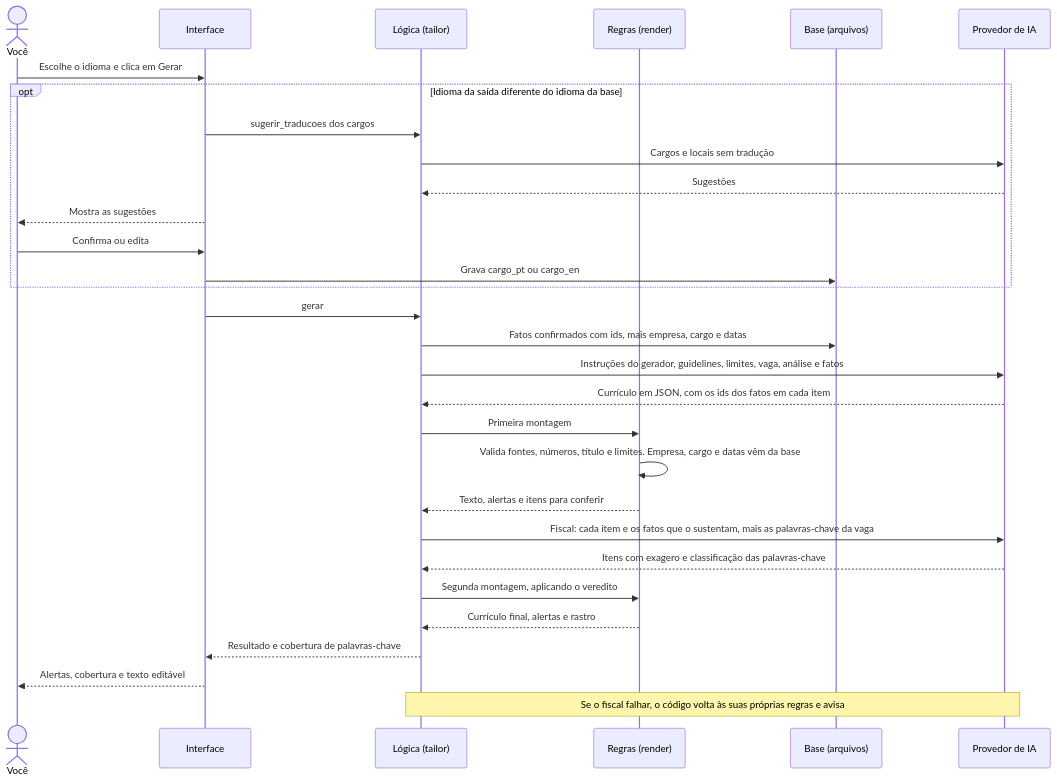
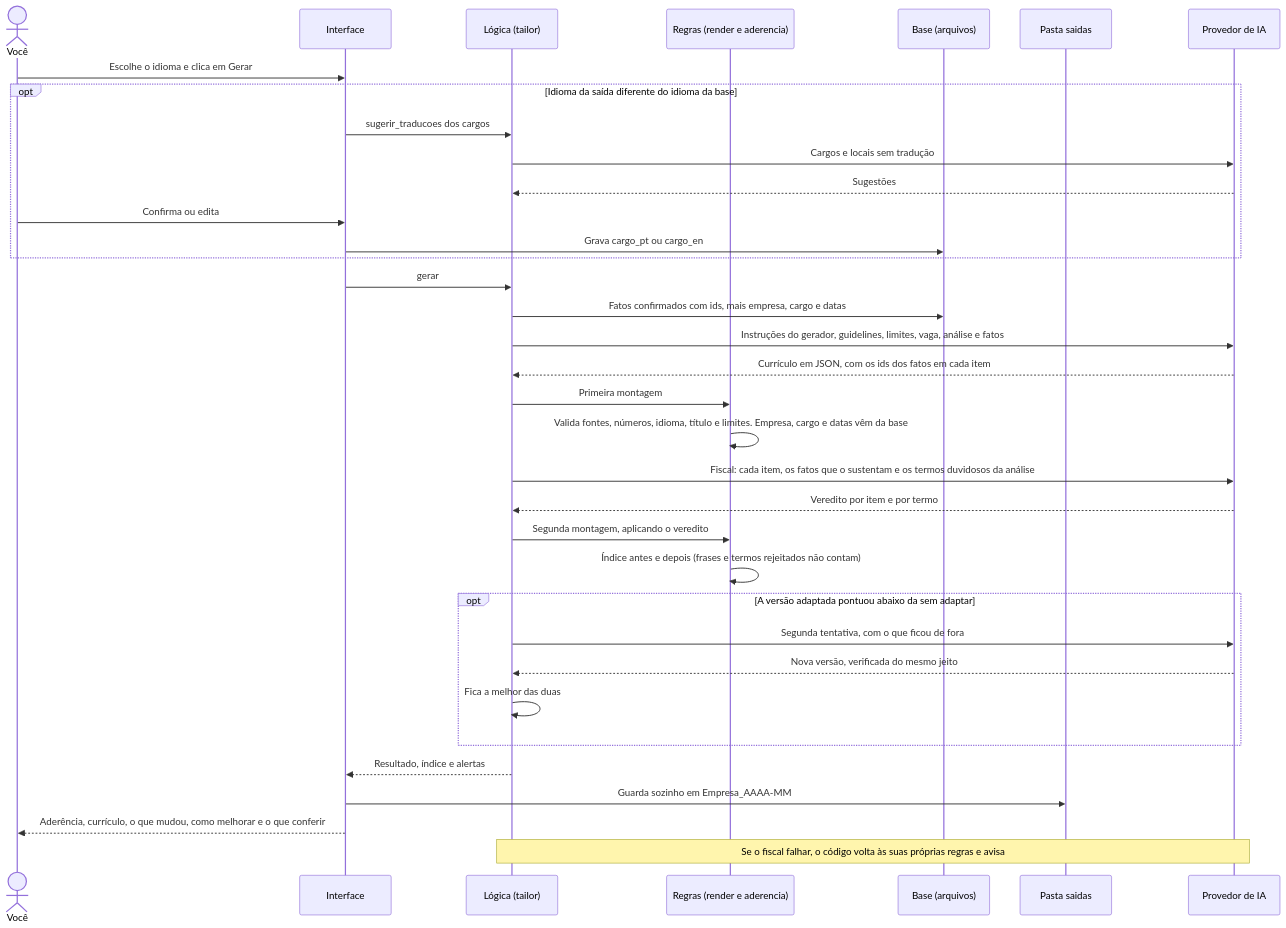
One commit to feeslopes/assistente_curriculo changed the eighth of 10 diagrams in README.md. Above: the diagram before and after it, drawn with Mermaid. The commit also changed other lines of this file and 1 other file, not shown here.

First line of the commit message:
Atualiza diagramas e documentação para a interface atual

````diff
--- a/README.md
+++ b/README.md
@@ -436,33 +447,38 @@
 ```mermaid
 sequenceDiagram
   actor V as Você
   participant UI as Interface
   participant L as Lógica (tailor)
-  participant R as Regras (render)
+  participant R as Regras (render e aderencia)
   participant K as Base (arquivos)
+  participant S as Pasta saidas
   participant IA as Provedor de IA
 
   V->>UI: Escolhe o idioma e clica em Gerar
   opt Idioma da saída diferente do idioma da base
     UI->>L: sugerir_traducoes dos cargos
     L->>IA: Cargos e locais sem tradução
     IA-->>L: Sugestões
-    UI-->>V: Mostra as sugestões
     V->>UI: Confirma ou edita
     UI->>K: Grava cargo_pt ou cargo_en
   end
   UI->>L: gerar
   L->>K: Fatos confirmados com ids, mais empresa, cargo e datas
   L->>IA: Instruções do gerador, guidelines, limites, vaga, análise e fatos
   IA-->>L: Currículo em JSON, com os ids dos fatos em cada item
   L->>R: Primeira montagem
-  R->>R: Valida fontes, números, título e limites. Empresa, cargo e datas vêm da base
-  R-->>L: Texto, alertas e itens para conferir
-  L->>IA: Fiscal: cada item e os fatos que o sustentam, mais as palavras-chave da vaga
-  IA-->>L: Itens com exagero e classificação das palavras-chave
+  R->>R: Valida fontes, números, idioma, título e limites. Empresa, cargo e datas vêm da base
+  L->>IA: Fiscal: cada item, os fatos que o sustentam e os termos duvidosos da análise
+  IA-->>L: Veredito por item e por termo
   L->>R: Segunda montagem, aplicando o veredito
-  R-->>L: Currículo final, alertas e rastro
-  L-->>UI: Resultado e cobertura de palavras-chave
-  UI-->>V: Alertas, cobertura e texto editável
+  R->>R: Índice antes e depois (frases e termos rejeitados não contam)
+  opt A versão adaptada pontuou abaixo da sem adaptar
+    L->>IA: Segunda tentativa, com o que ficou de fora
+    IA-->>L: Nova versão, verificada do mesmo jeito
+    L->>L: Fica a melhor das duas
+  end
+  L-->>UI: Resultado, índice e alertas
+  UI->>S: Guarda sozinho em Empresa_AAAA-MM
+  UI-->>V: Aderência, currículo, o que mudou, como melhorar e o que conferir
   Note over L,IA: Se o fiscal falhar, o código volta às suas próprias regras e avisa
 ```
````
